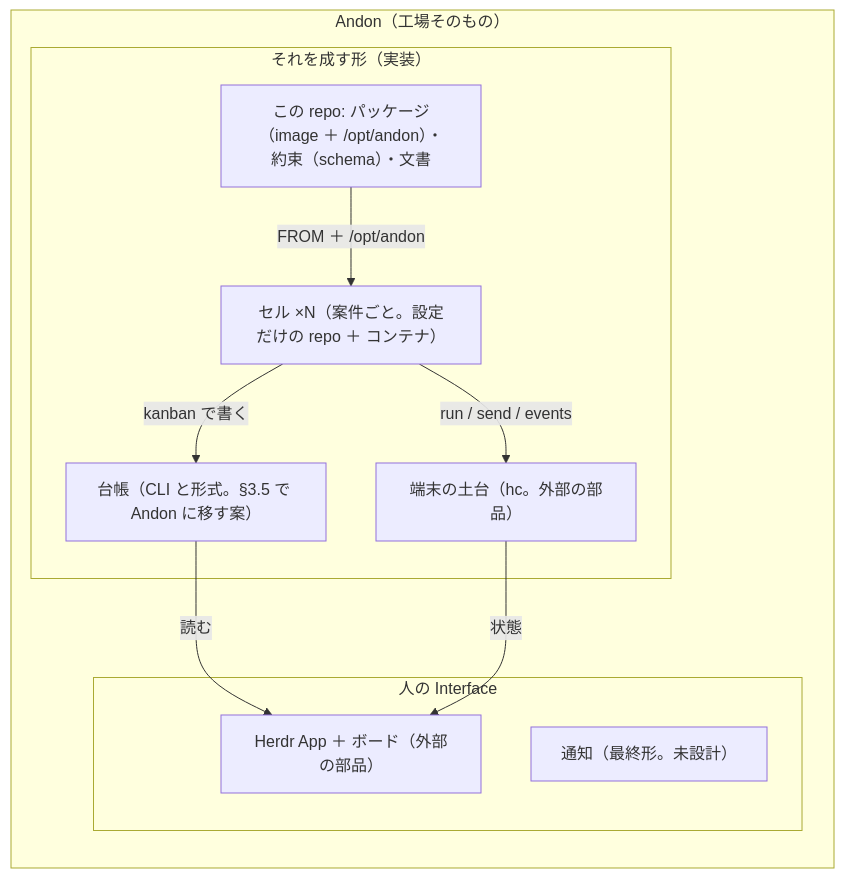
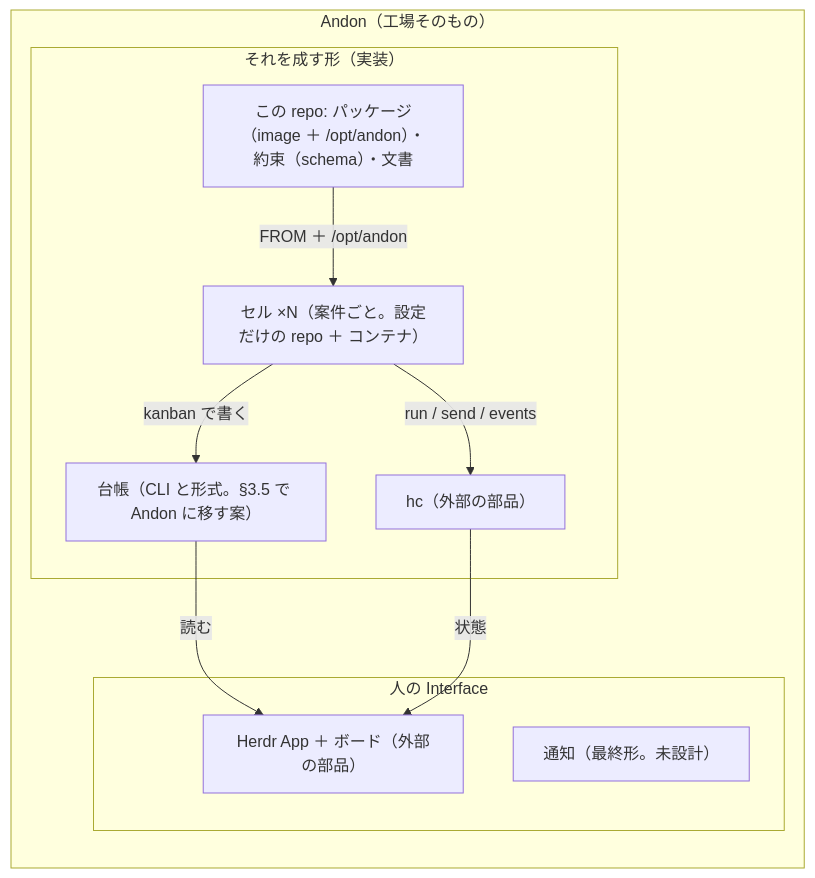
Before and after one commit to mitaku/andon: the second of 3 diagrams in docs/design.md, drawn with Mermaid. The commit also changed other lines of this file and 15 other files, not shown here.

````diff
--- a/docs/design.md
+++ b/docs/design.md
@@ -145,21 +145,21 @@
 ```mermaid
 flowchart TB
   subgraph ANDON["Andon（工場そのもの）"]
     direction TB
     subgraph FORM["それを成す形（実装）"]
       PKG["この repo: パッケージ（image ＋ /opt/andon）・約束（schema）・文書"]
       HOUSE["セル ×N（案件ごと。設定だけの repo ＋ コンテナ）"]
       LED["台帳（CLI と形式。§3.5 で Andon に移す案）"]
-      HC["端末の土台（hc。外部の部品）"]
+      HC["hc（外部の部品）"]
     end
     subgraph UI["人の Interface"]
       APP["Herdr App ＋ ボード（外部の部品）"]
       NOTIF["通知（最終形。未設計）"]
     end
   end
   PKG -- "FROM ＋ /opt/andon" --> HOUSE
   HOUSE -- "kanban で書く" --> LED
   HOUSE -- "run / send / events" --> HC
   LED -- "読む" --> APP
   HC -- "状態" --> APP
 ```
````
